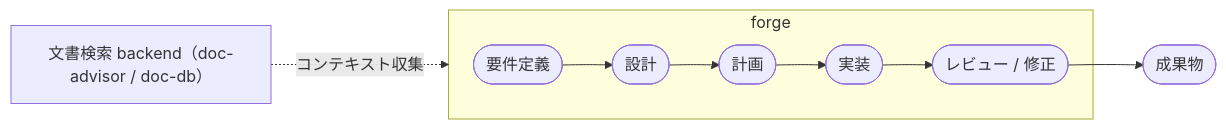
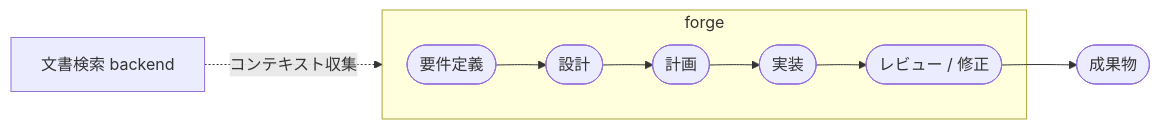
One commit to BlueEventHorizon/sdd-forge changed the first of 2 diagrams in README.md. Above: the diagram before and after it, drawn with Mermaid. The commit also changed other lines of this file and 150 other files, not shown here.

First line of the commit message:
fix: 文書検索 backend を doc-link へ差し替え、backend の参照を wrapper に集約する

````diff
--- a/README.md
+++ b/README.md
@@ -37,8 +32,8 @@
 ```mermaid
 flowchart LR
     subgraph forge
         R(["要件定義"]) --> D(["設計"]) --> P(["計画"]) --> I(["実装"]) --> RF(["レビュー / 修正"])
     end
     RF --> DL(["成果物"])
-    DA["文書検索 backend（doc-advisor / doc-db）"] -. "コンテキスト収集" .-> forge
+    DA["文書検索 backend"] -. "コンテキスト収集" .-> forge
 ```
````
